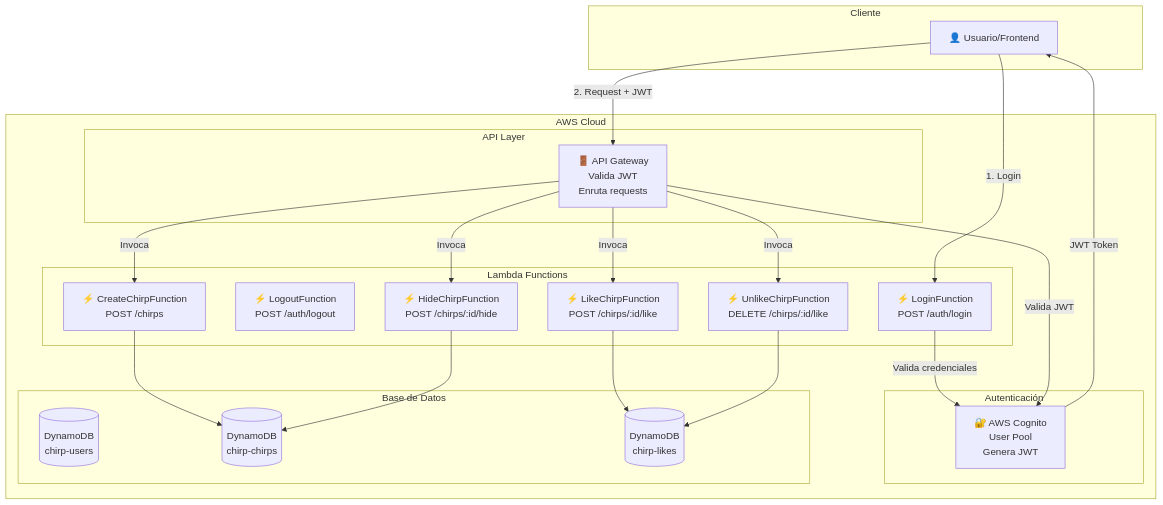
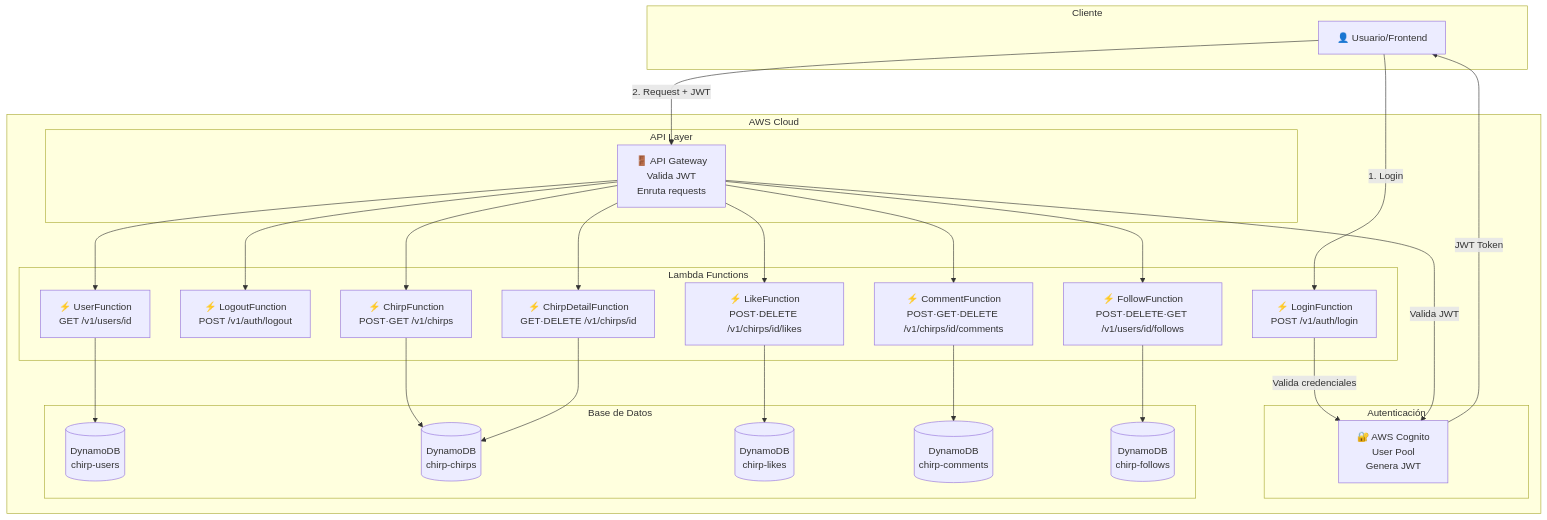
The diagram in docs/02_API_Smithy_Lambda_Cognito.md (joseluisdaza/twitter), drawn with Mermaid before and after one commit. The commit also changed other lines of this file and 12 other files, not shown here.

Commit message:
Add smithy models for users, likes, comments and follows. Also, add configuration for generate OpenAPI documentation

````diff
--- a/docs/02_API_Smithy_Lambda_Cognito.md
+++ b/docs/02_API_Smithy_Lambda_Cognito.md
@@ -68,47 +91,56 @@
 ```mermaid
 flowchart TB
     subgraph "Cliente"
         User[👤 Usuario/Frontend]
     end
 
     subgraph "AWS Cloud"
         subgraph "Autenticación"
             Cognito[🔐 AWS Cognito<br/>User Pool<br/>Genera JWT]
         end
 
         subgraph "API Layer"
             APIGW[🚪 API Gateway<br/>Valida JWT<br/>Enruta requests]
         end
 
         subgraph "Lambda Functions"
-            L1[⚡ LoginFunction<br/>POST /auth/login]
-            L2[⚡ LogoutFunction<br/>POST /auth/logout]
-            L3[⚡ CreateChirpFunction<br/>POST /chirps]
-            L4[⚡ LikeChirpFunction<br/>POST /chirps/:id/like]
-            L5[⚡ UnlikeChirpFunction<br/>DELETE /chirps/:id/like]
-            L6[⚡ HideChirpFunction<br/>POST /chirps/:id/hide]
+            L1[⚡ LoginFunction<br/>POST /v1/auth/login]
+            L2[⚡ LogoutFunction<br/>POST /v1/auth/logout]
+            L3[⚡ ChirpFunction<br/>POST·GET /v1/chirps]
+            L4[⚡ ChirpDetailFunction<br/>GET·DELETE /v1/chirps/id]
+            L5[⚡ LikeFunction<br/>POST·DELETE /v1/chirps/id/likes]
+            L6[⚡ CommentFunction<br/>POST·GET·DELETE /v1/chirps/id/comments]
+            L7[⚡ UserFunction<br/>GET /v1/users/id]
+            L8[⚡ FollowFunction<br/>POST·DELETE·GET /v1/users/id/follows]
         end
 
         subgraph "Base de Datos"
             DDB1[(DynamoDB<br/>chirp-users)]
             DDB2[(DynamoDB<br/>chirp-chirps)]
             DDB3[(DynamoDB<br/>chirp-likes)]
+            DDB4[(DynamoDB<br/>chirp-comments)]
+            DDB5[(DynamoDB<br/>chirp-follows)]
         end
     end
 
     User -->|1. Login| L1
     L1 -->|Valida credenciales| Cognito
     Cognito -->|JWT Token| User
 
     User -->|2. Request + JWT| APIGW
     APIGW -->|Valida JWT| Cognito
-    APIGW -->|Invoca| L3
-    APIGW -->|Invoca| L4
-    APIGW -->|Invoca| L5
-    APIGW -->|Invoca| L6
+    APIGW --> L2
+    APIGW --> L3
+    APIGW --> L4
+    APIGW --> L5
+    APIGW --> L6
+    APIGW --> L7
+    APIGW --> L8
 
     L3 --> DDB2
-    L4 --> DDB3
+    L4 --> DDB2
     L5 --> DDB3
-    L6 --> DDB2
+    L6 --> DDB4
+    L7 --> DDB1
+    L8 --> DDB5
 ```
````
